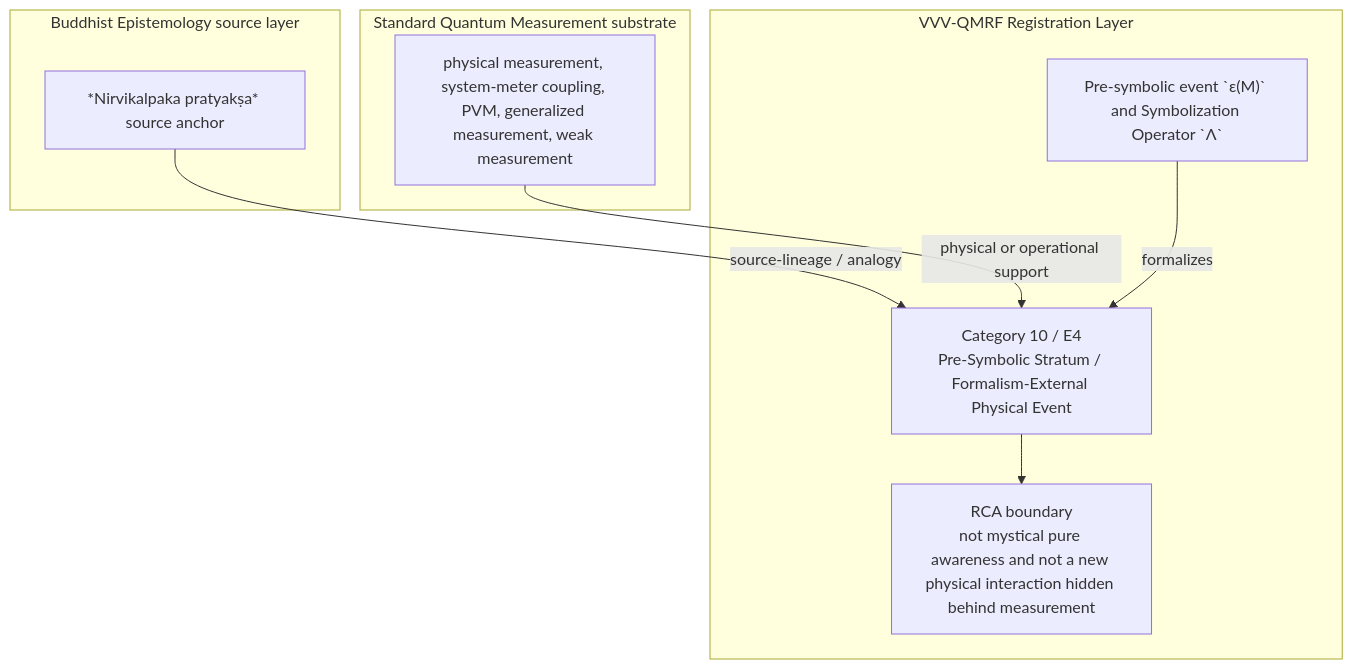
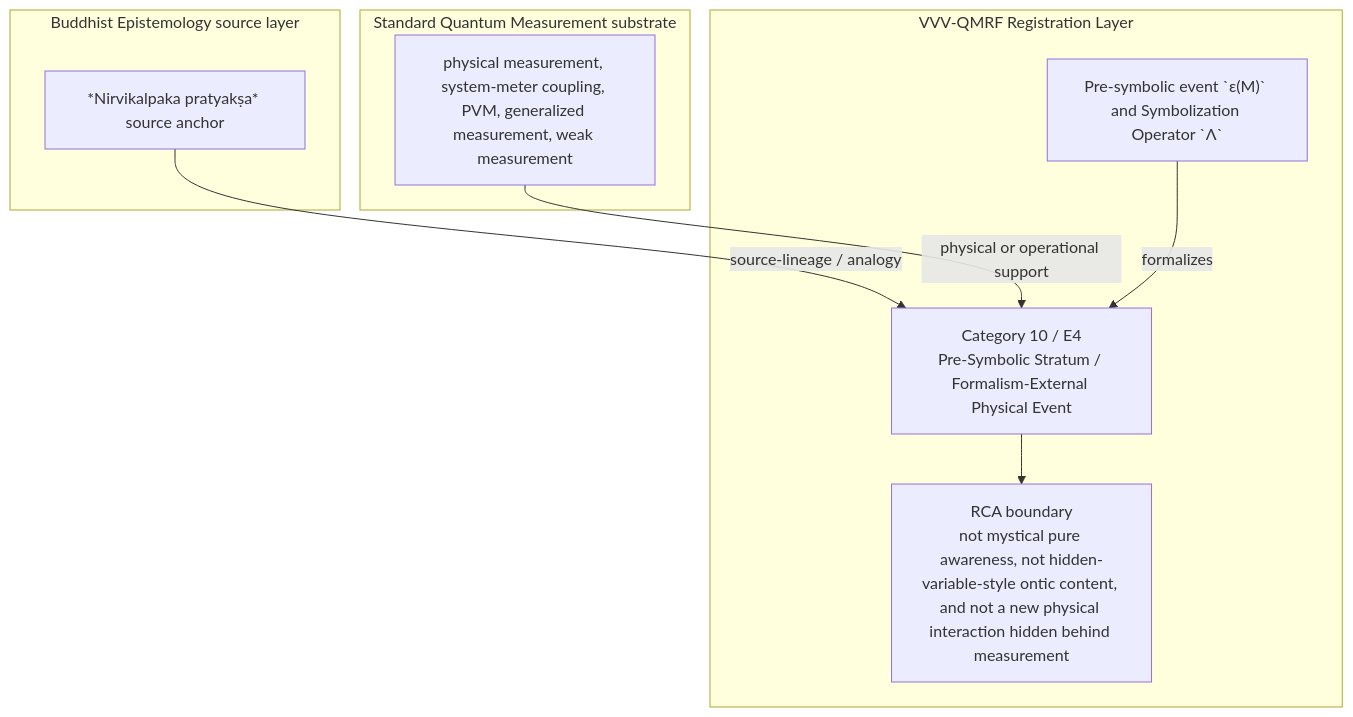
One commit to AIhugART/VVV-QMRF-VietVunVut-Quantum-Measurement-Registration-Framework changed the diagram in documents/research_documents/category/vvv_qmrf_category_10_e04_pre_symbolic_stratum.md. Above: the diagram before and after it, drawn with Mermaid. The commit also changed other lines of this file, not shown here.

First line of the commit message:
docs(research): clarify E4 registration boundary

````diff
--- a/documents/research_documents/category/vvv_qmrf_category_10_e04_pre_symbolic_stratum.md
+++ b/documents/research_documents/category/vvv_qmrf_category_10_e04_pre_symbolic_stratum.md
@@ -260,21 +260,21 @@
 ```mermaid
 flowchart TD
     subgraph BE["Buddhist Epistemology source layer"]
         BE1["*Nirvikalpaka pratyakṣa* source anchor"]
     end
 
     subgraph QM["Standard Quantum Measurement substrate"]
         QM1["physical measurement, system-meter coupling, PVM, generalized measurement, weak measurement"]
     end
 
     subgraph VVV["VVV-QMRF Registration Layer"]
         CAT["Category 10 / E4<br/>Pre-Symbolic Stratum / Formalism-External Physical Event"]
         SYM["Pre-symbolic event `ε(M)` and Symbolization Operator `Λ`"]
-        BOUND["RCA boundary<br/>not mystical pure awareness and not a new physical interaction hidden behind measurement"]
+        BOUND["RCA boundary<br/>not mystical pure awareness, not hidden-variable-style ontic content, and not a new physical interaction hidden behind measurement"]
     end
 
     BE1 -->|"source-lineage / analogy"| CAT
     QM1 -->|"physical or operational support"| CAT
     SYM -->|"formalizes"| CAT
     CAT --> BOUND
 ```
````
